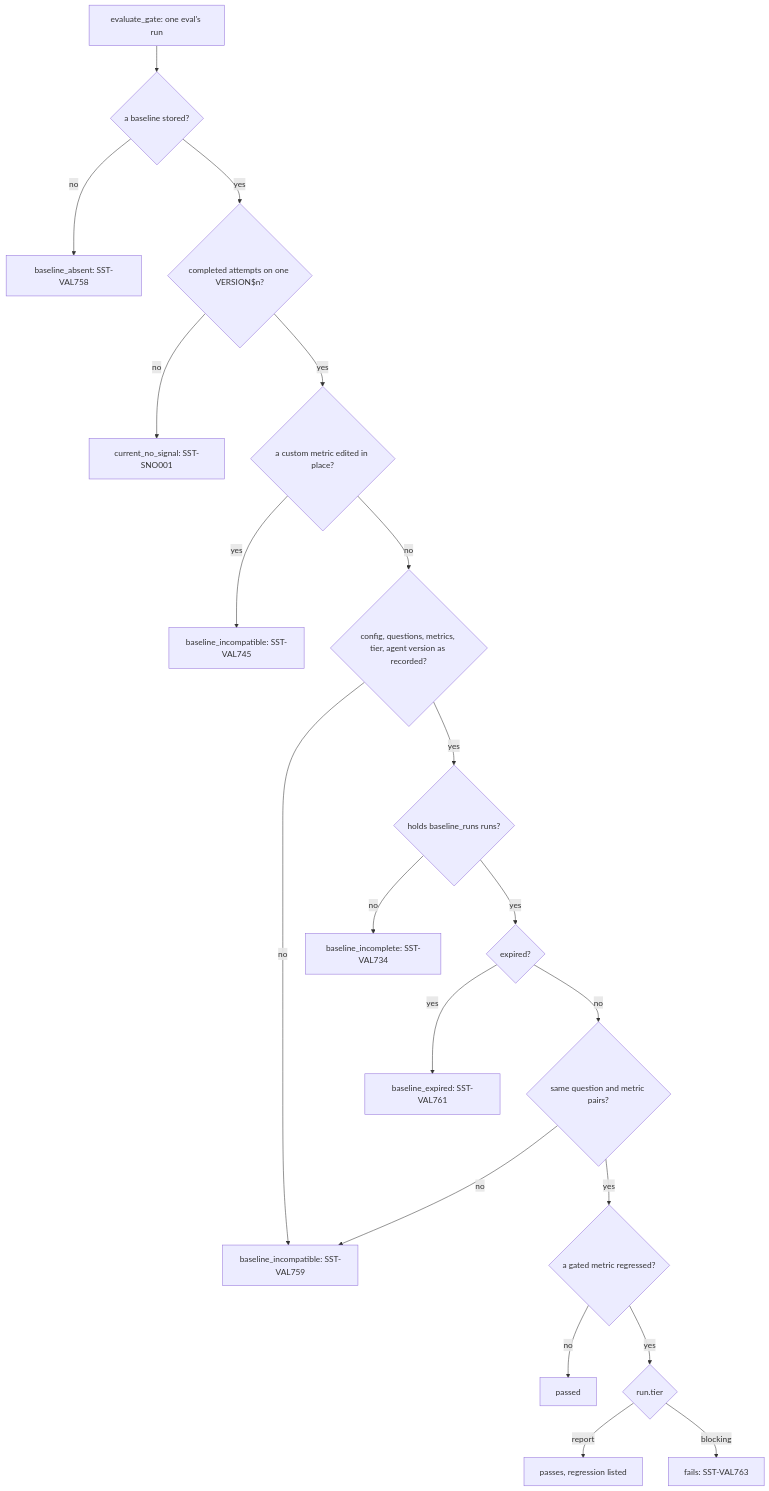
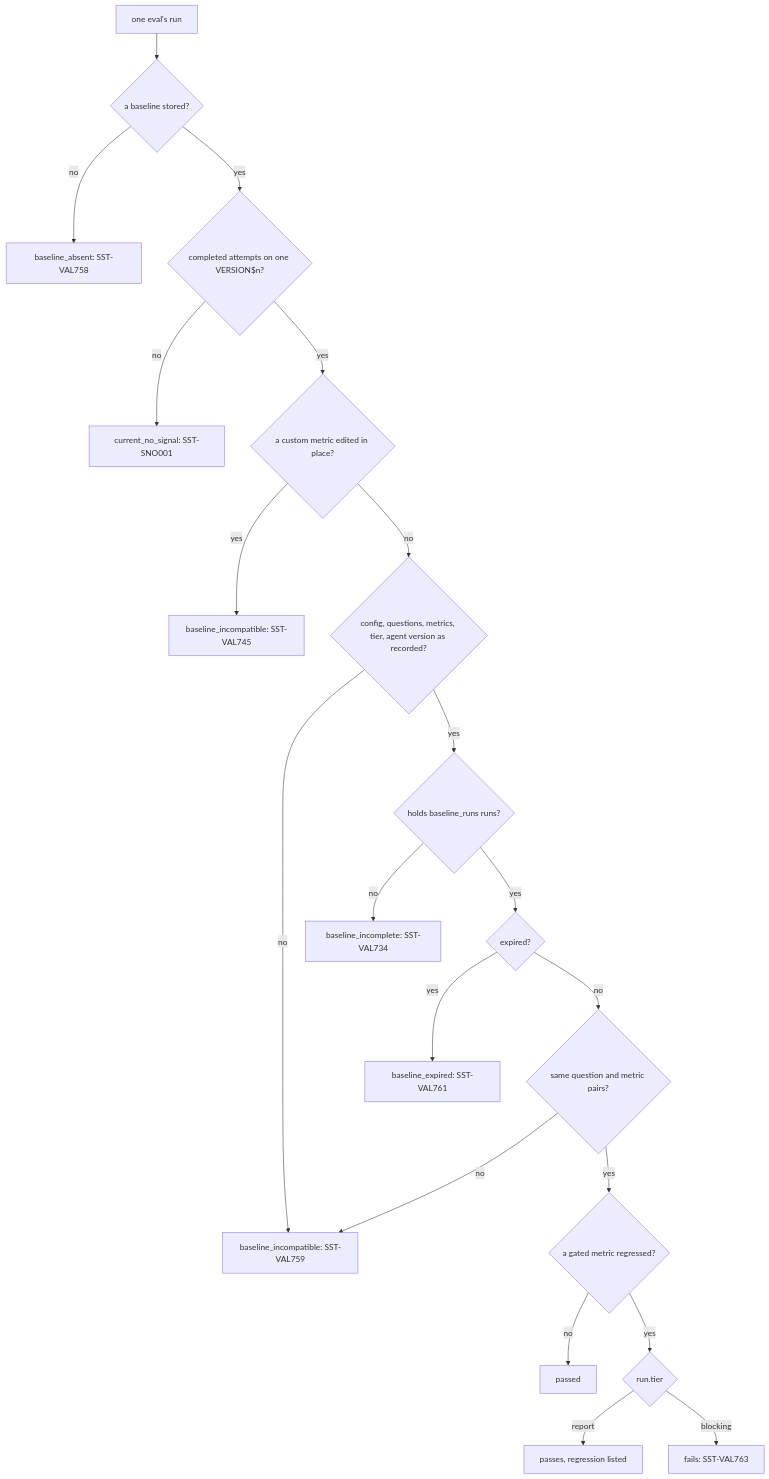
Before and after one commit to WhoopInc/snowflake-semantic-tools: the diagram in docs/guides/evals.md, drawn with Mermaid. The commit also changed other lines of this file and 11 other files, not shown here.

````diff
--- a/docs/guides/evals.md
+++ b/docs/guides/evals.md
@@ -554,22 +554,22 @@
 ```mermaid
 flowchart TD
-    run["evaluate_gate: one eval's run"] --> stored{"a baseline stored?"}
+    run["one eval's run"] --> stored{"a baseline stored?"}
     stored -- no --> absent["baseline_absent: SST-VAL758"]
     stored -- yes --> version{"completed attempts on one VERSION$n?"}
     version -- no --> current["current_no_signal: SST-SNO001"]
     version -- yes --> edited{"a custom metric edited in place?"}
     edited -- yes --> judge["baseline_incompatible: SST-VAL745"]
     edited -- no --> same{"config, questions, metrics, tier, agent version as recorded?"}
     same -- no --> incompatible["baseline_incompatible: SST-VAL759"]
     same -- yes --> runs{"holds baseline_runs runs?"}
     runs -- no --> incomplete["baseline_incomplete: SST-VAL734"]
     runs -- yes --> expired{"expired?"}
     expired -- yes --> stale["baseline_expired: SST-VAL761"]
     expired -- no --> pairs{"same question and metric pairs?"}
     pairs -- no --> incompatible
     pairs -- yes --> regressed{"a gated metric regressed?"}
     regressed -- no --> passed["passed"]
     regressed -- yes --> tier{"run.tier"}
     tier -- report --> listed["passes, regression listed"]
     tier -- blocking --> fails["fails: SST-VAL763"]
 ```
````
